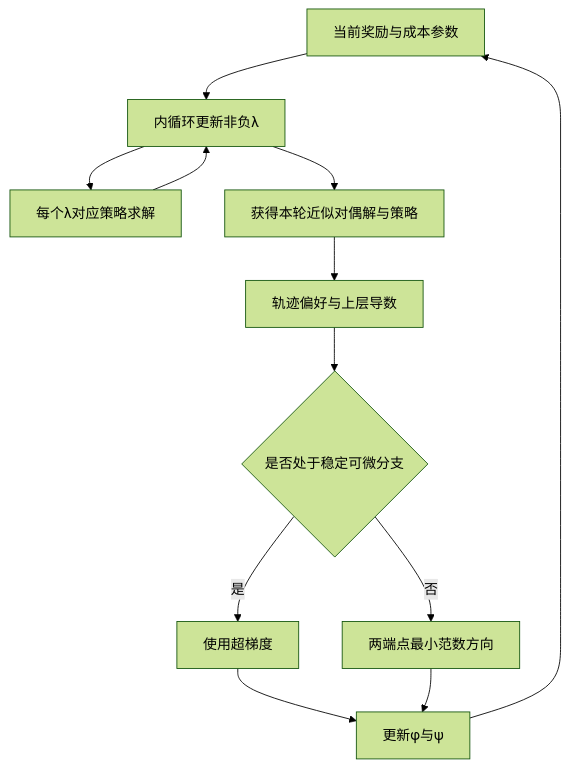
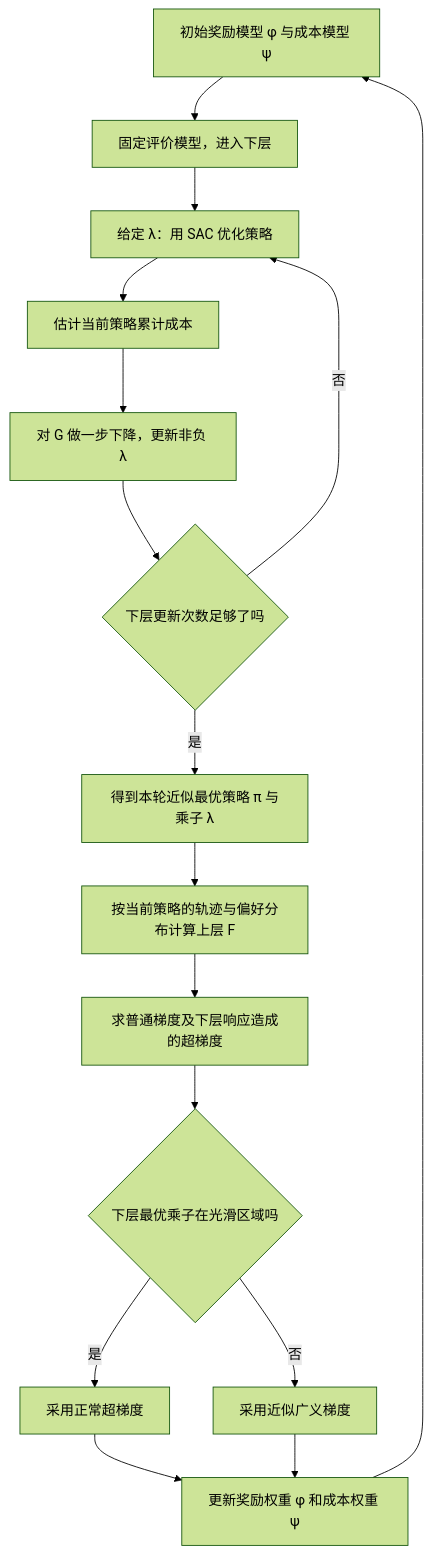
Before and after one commit to tanyouqing/paper_reading: the second of 2 diagrams in Agentic RL/CB-PbRL-2026-Constrained-Bilevel-Preference-RL.md, drawn with Mermaid (forest theme). The commit also changed other lines of this file and 1 other file, not shown here.

````diff
--- a/Agentic RL/CB-PbRL-2026-Constrained-Bilevel-Preference-RL.md
+++ b/Agentic RL/CB-PbRL-2026-Constrained-Bilevel-Preference-RL.md
@@ -343,14 +856,18 @@
-~~~mermaid
+```mermaid
 flowchart TD
-    A[当前奖励与成本参数] --> B[内循环更新非负λ]
-    B --> C[每个λ对应策略求解]
-    C --> B
-    B --> D[获得本轮近似对偶解与策略]
-    D --> E[轨迹偏好与上层导数]
-    E --> F{是否处于稳定可微分支}
-    F -->|是| G[使用超梯度]
-    F -->|否| H[两端点最小范数方向]
-    G --> I[更新φ与ψ]
-    H --> I
-    I --> A
-~~~
+    A["初始奖励模型 φ 与成本模型 ψ"] --> B["固定评价模型，进入下层"]
+    B --> C["给定 λ：用 SAC 优化策略"]
+    C --> D["估计当前策略累计成本"]
+    D --> E["对 G 做一步下降，更新非负 λ"]
+    E --> F{下层更新次数足够了吗}
+    F -->|否| C
+    F -->|是| G["得到本轮近似最优策略 π 与乘子 λ"]
+    G --> H["按当前策略的轨迹与偏好分布计算上层 F"]
+    H --> I["求普通梯度及下层响应造成的超梯度"]
+    I --> J{下层最优乘子在光滑区域吗}
+    J -->|是| K["采用正常超梯度"]
+    J -->|否| L["采用近似广义梯度"]
+    K --> M["更新奖励权重 φ 和成本权重 ψ"]
+    L --> M
+    M --> A
+```
````
